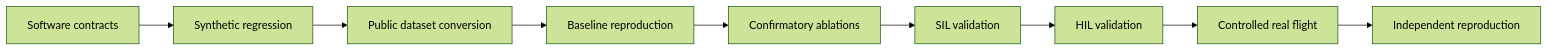
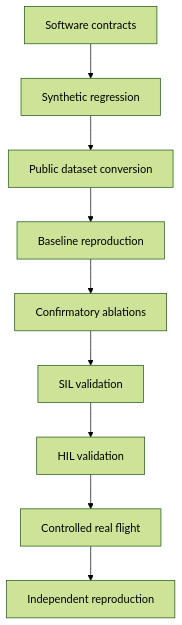
Before and after one commit to MatPomGit/s4d-tam: the diagram in docs/project-status.md, drawn with Mermaid (forest theme).

````diff
--- a/docs/project-status.md
+++ b/docs/project-status.md
@@ -63,11 +63,11 @@
 ```mermaid
-flowchart LR
+flowchart TD
     A[Software contracts] --> B[Synthetic regression]
     B --> C[Public dataset conversion]
     C --> D[Baseline reproduction]
     D --> E[Confirmatory ablations]
     E --> F[SIL validation]
     F --> G[HIL validation]
     G --> H[Controlled real flight]
     H --> I[Independent reproduction]
 ```
````
